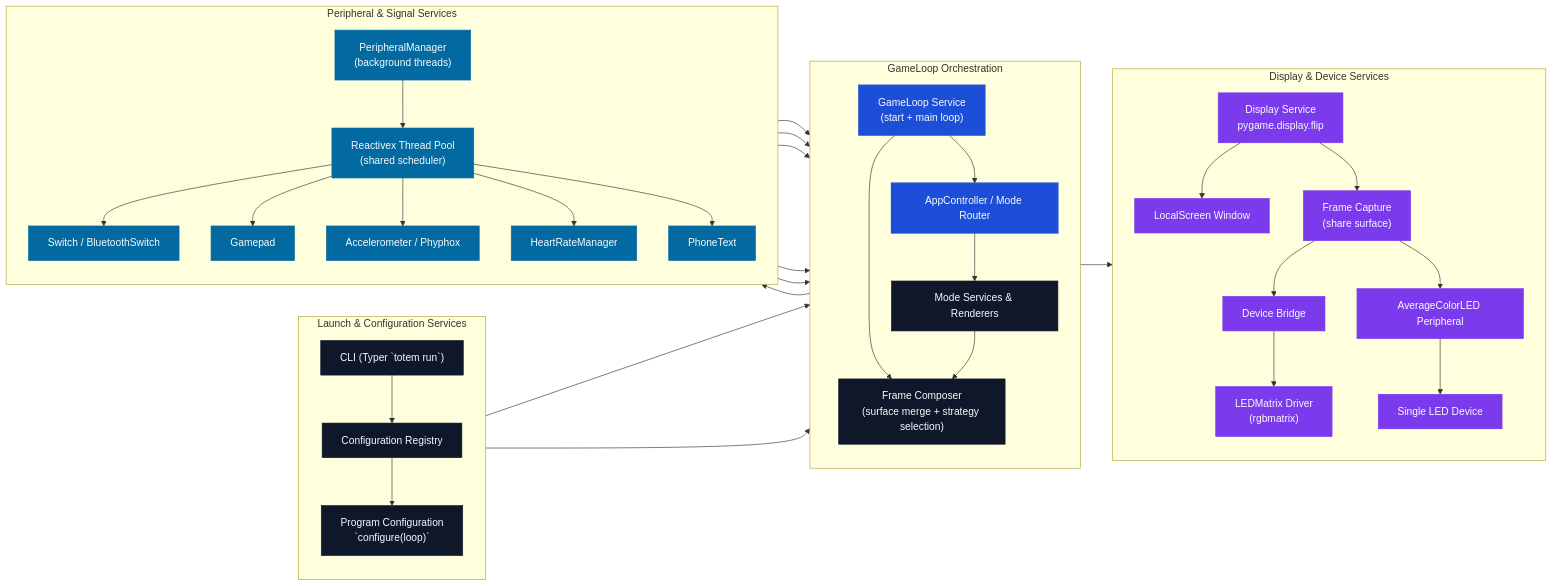
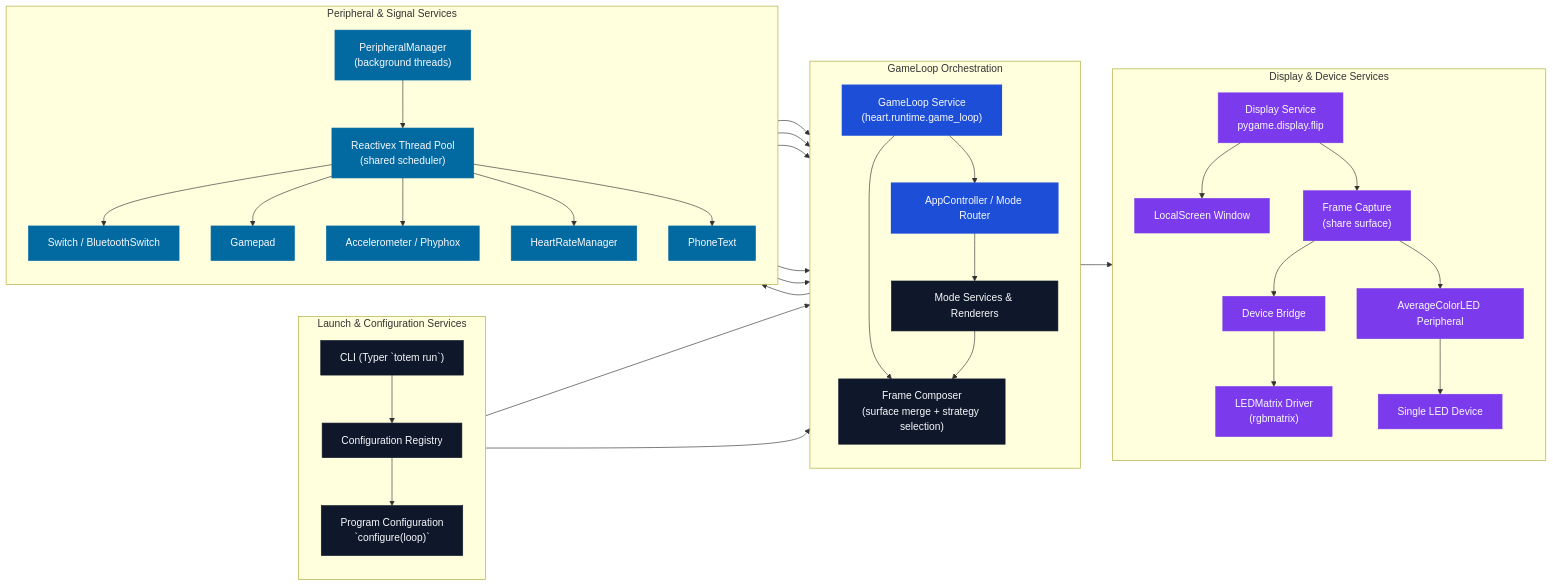
Before and after one commit to Organization5762/heart: the diagram in docs/code_flow.md, drawn with Mermaid. The commit also changed other lines of this file and 42 other files, not shown here.

Commit message:
Refactor runtime game loop modules

````diff
--- a/docs/code_flow.md
+++ b/docs/code_flow.md
@@ -19,66 +19,66 @@
 ```mermaid
 flowchart LR
     %% Visual classes for different service categories
     classDef orchestrator fill:#1d4ed8,stroke:#1d4ed8,color:#f8fafc,stroke-width:2px;
     classDef service fill:#0f172a,stroke:#0f172a,color:#f8fafc;
     classDef input fill:#0369a1,stroke:#0369a1,color:#f8fafc;
     classDef output fill:#7c3aed,stroke:#7c3aed,color:#f8fafc;
 
     subgraph Launch["Launch & Configuration Services"]
         direction TB
         CLI["CLI (Typer `totem run`)"]
         Registry["Configuration Registry"]
         Configurer["Program Configuration\n`configure(loop)`"]
     end
 
     subgraph Runtime["GameLoop Orchestration"]
         direction TB
-        Loop["GameLoop Service\n(start + main loop)"]
+        Loop["GameLoop Service\n(heart.runtime.game_loop)"]
         AppRouter["AppController / Mode Router"]
         ModeServices["Mode Services & Renderers"]
         FrameComposer["Frame Composer\n(surface merge + strategy selection)"]
     end
 
     subgraph Inputs["Peripheral & Signal Services"]
         direction TB
         PeripheralMgr["PeripheralManager\n(background threads)"]
         RxScheduler["Reactivex Thread Pool\n(shared scheduler)"]
         Switch["Switch / BluetoothSwitch"]
         Gamepad["Gamepad"]
         Sensors["Accelerometer / Phyphox"]
         HeartRate["HeartRateManager"]
         PhoneText["PhoneText"]
     end
 
     subgraph Outputs["Display & Device Services"]
         direction TB
         DisplaySvc["Display Service\npygame.display.flip"]
         LocalScreen["LocalScreen Window"]
         Capture["Frame Capture\n(share surface)"]
         DeviceBridge["Device Bridge"]
         LedMatrix["LEDMatrix Driver\n(rgbmatrix)"]
         AverageMirror["AverageColorLED Peripheral"]
         SingleLED["Single LED Device"]
     end
 
     CLI --> Registry --> Configurer --> Loop
     Configurer --> AppRouter
     Loop --> AppRouter
     Loop --> FrameComposer
     AppRouter --> ModeServices --> FrameComposer --> DisplaySvc
     DisplaySvc --> LocalScreen
     DisplaySvc --> Capture --> DeviceBridge --> LedMatrix
     Capture --> AverageMirror --> SingleLED
 
     Loop --> PeripheralMgr --> RxScheduler
     RxScheduler --> Switch --> AppRouter
     RxScheduler --> Gamepad --> AppRouter
     RxScheduler --> Sensors --> AppRouter
     RxScheduler --> HeartRate --> AppRouter
     RxScheduler --> PhoneText --> AppRouter
 
     class CLI,Registry,Configurer,ModeServices,FrameComposer service;
     class Loop,AppRouter orchestrator;
     class PeripheralMgr,RxScheduler,Switch,Gamepad,Sensors,HeartRate,PhoneText input;
     class DisplaySvc,LocalScreen,Capture,DeviceBridge,LedMatrix,AverageMirror,SingleLED output;
 ```
````
